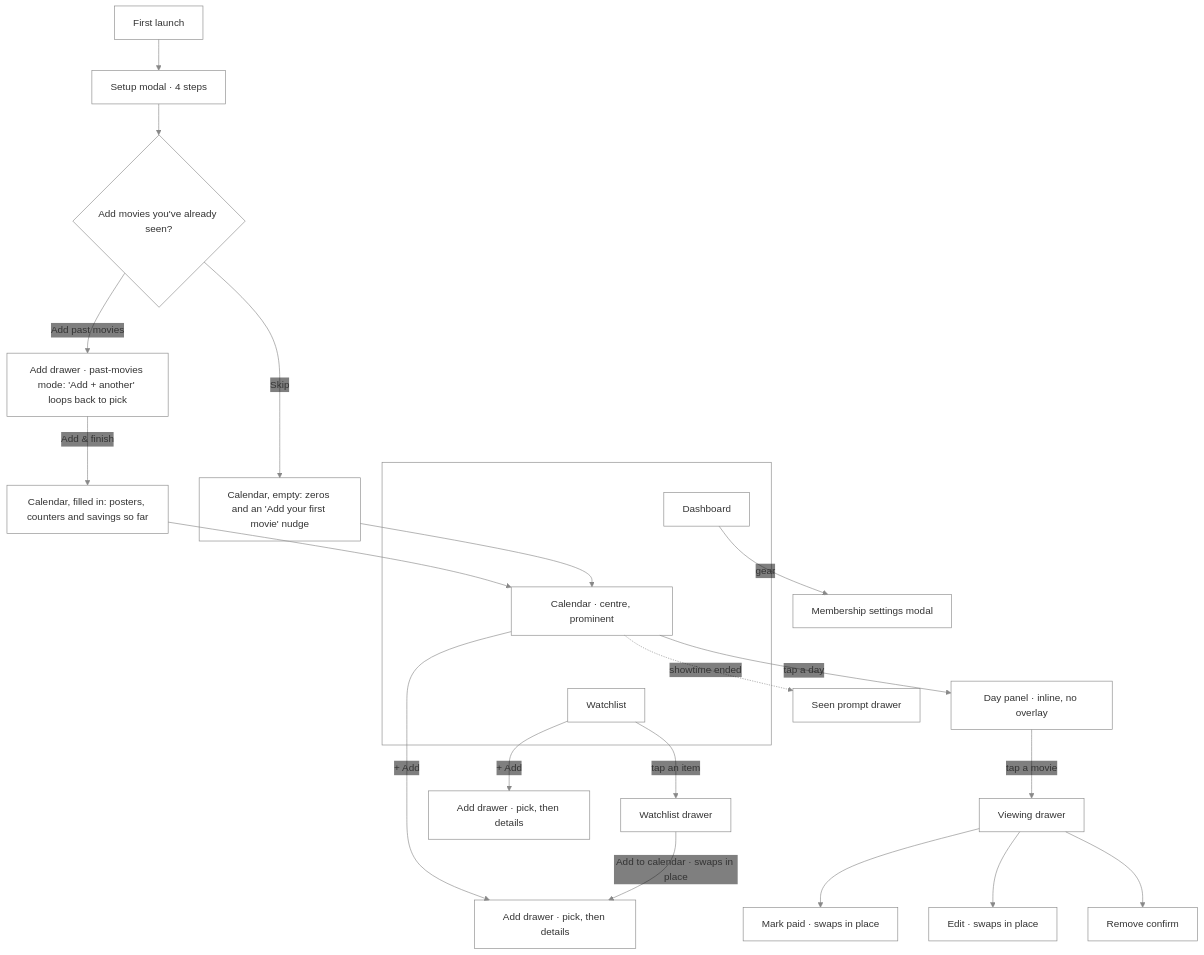
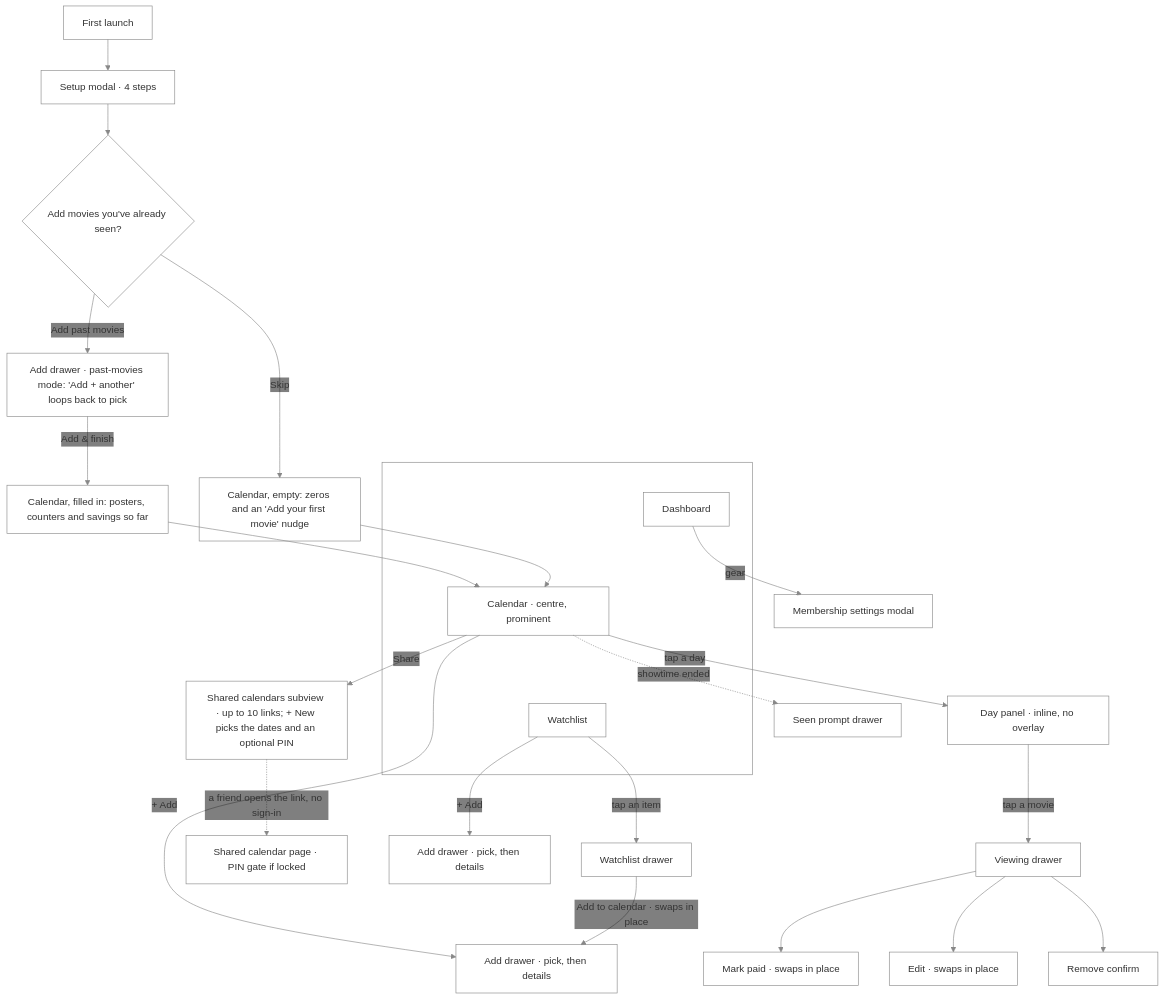
Before and after one commit to NovaMoonX/moondreams-dev-apps: the second of 25 diagrams in src/apps/a-list/UX.md, drawn with Mermaid. The commit also changed other lines of this file and 33 other files, not shown here.

First line of the commit message:
A-List: share a calendar snapshot by link, with an optional PIN (#262)

````diff
--- a/src/apps/a-list/UX.md
+++ b/src/apps/a-list/UX.md
@@ -48,29 +48,31 @@
 ```mermaid
 %%{init: {'theme': 'base', 'themeVariables': {'primaryColor': 'transparent', 'clusterBkg': 'transparent', 'primaryBorderColor': '#888888', 'clusterBorder': '#888888', 'lineColor': '#888888', 'primaryTextColor': '#333333'}}}%%
 flowchart TD
     A[First launch] --> B["Setup modal · 4 steps"]
     B --> C{"Add movies you've already seen?"}
     C -->|Add past movies| P["Add drawer · past-movies mode: 'Add + another' loops back to pick"]
     P -->|Add & finish| D1["Calendar, filled in: posters, counters and savings so far"]
     C -->|Skip| D2["Calendar, empty: zeros and an 'Add your first movie' nudge"]
     D1 --> D
     D2 --> D
     subgraph Bar["Bottom bar"]
         F[Dashboard]
         D["Calendar · centre, prominent"]
         E[Watchlist]
     end
     F ~~~ D ~~~ E
     D -->|tap a day| DP["Day panel · inline, no overlay"]
     DP -->|tap a movie| H[Viewing drawer]
     H --> I["Mark paid · swaps in place"]
     H --> J["Edit · swaps in place"]
     H --> K[Remove confirm]
     D -->|+ Add| G["Add drawer · pick, then details"]
+    D -->|Share| SH["Shared calendars subview · up to 10 links; + New picks the dates and an optional PIN"]
+    SH -.->|a friend opens the link, no sign-in| SV["Shared calendar page · PIN gate if locked"]
     D -.->|showtime ended| L[Seen prompt drawer]
     E -->|+ Add| M["Add drawer · pick, then details"]
     E -->|tap an item| N[Watchlist drawer]
     N -->|Add to calendar · swaps in place| G
     F -->|gear| O[Membership settings modal]
     style Bar fill:transparent,stroke:#888888,stroke-width:1px;
 ```
````
